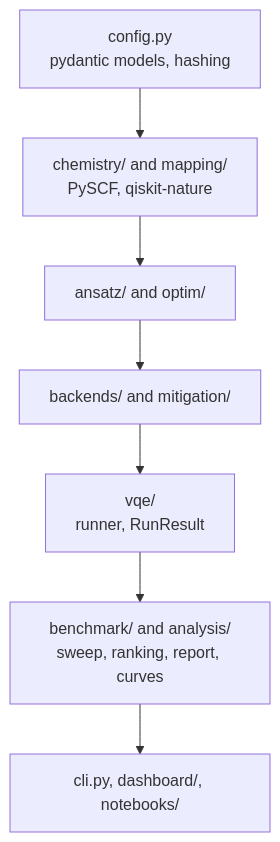
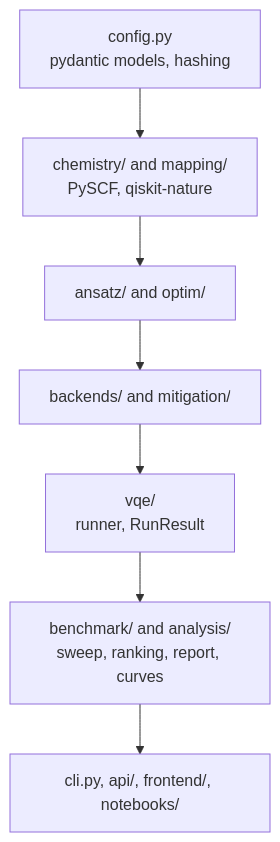
Before and after one commit to S-tevens/miraichem: the second of 5 diagrams in docs/ARCHITECTURE.md, drawn with Mermaid. The commit also changed other lines of this file and 6 other files, not shown here.

````diff
--- a/docs/ARCHITECTURE.md
+++ b/docs/ARCHITECTURE.md
@@ -42,11 +42,11 @@
 ```mermaid
 flowchart TB
     L1[config.py<br/>pydantic models, hashing]
     L2[chemistry/ and mapping/<br/>PySCF, qiskit-nature]
     L3[ansatz/ and optim/]
     L4[backends/ and mitigation/]
     L5[vqe/<br/>runner, RunResult]
     L6[benchmark/ and analysis/<br/>sweep, ranking, report, curves]
-    L7[cli.py, dashboard/, notebooks/]
+    L7[cli.py, api/, frontend/, notebooks/]
     L1 --> L2 --> L3 --> L4 --> L5 --> L6 --> L7
 ```
````
